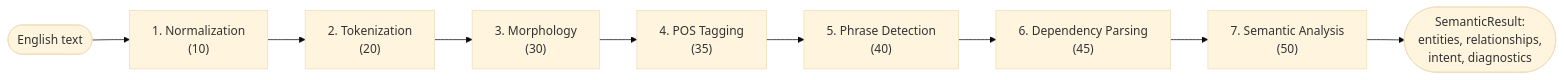
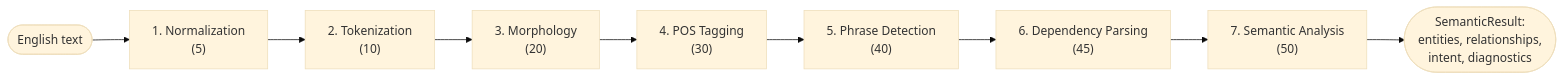
The seventh of 7 diagrams in docs/architecture.md (rohit-sharma444/SmartCodeGenerator), drawn with Mermaid (base theme) before and after one commit. The commit also changed other lines of this file and 34 other files, not shown here.

First line of the commit message:
docs: refresh help, user manual, READMEs and diagrams against the code

````diff
--- a/docs/architecture.md
+++ b/docs/architecture.md
@@ -463,11 +479,11 @@
 ```mermaid
 flowchart LR
-    text([English text]) --> n["1. Normalization<br/>(10)"]
-    n --> t["2. Tokenization<br/>(20)"]
-    t --> m["3. Morphology<br/>(30)"]
-    m --> p["4. POS Tagging<br/>(35)"]
+    text([English text]) --> n["1. Normalization<br/>(5)"]
+    n --> t["2. Tokenization<br/>(10)"]
+    t --> m["3. Morphology<br/>(20)"]
+    m --> p["4. POS Tagging<br/>(30)"]
     p --> ph["5. Phrase Detection<br/>(40)"]
     ph --> dep["6. Dependency Parsing<br/>(45)"]
     dep --> sem["7. Semantic Analysis<br/>(50)"]
     sem --> result([SemanticResult:<br/>entities, relationships,<br/>intent, diagnostics])
 ```
````
